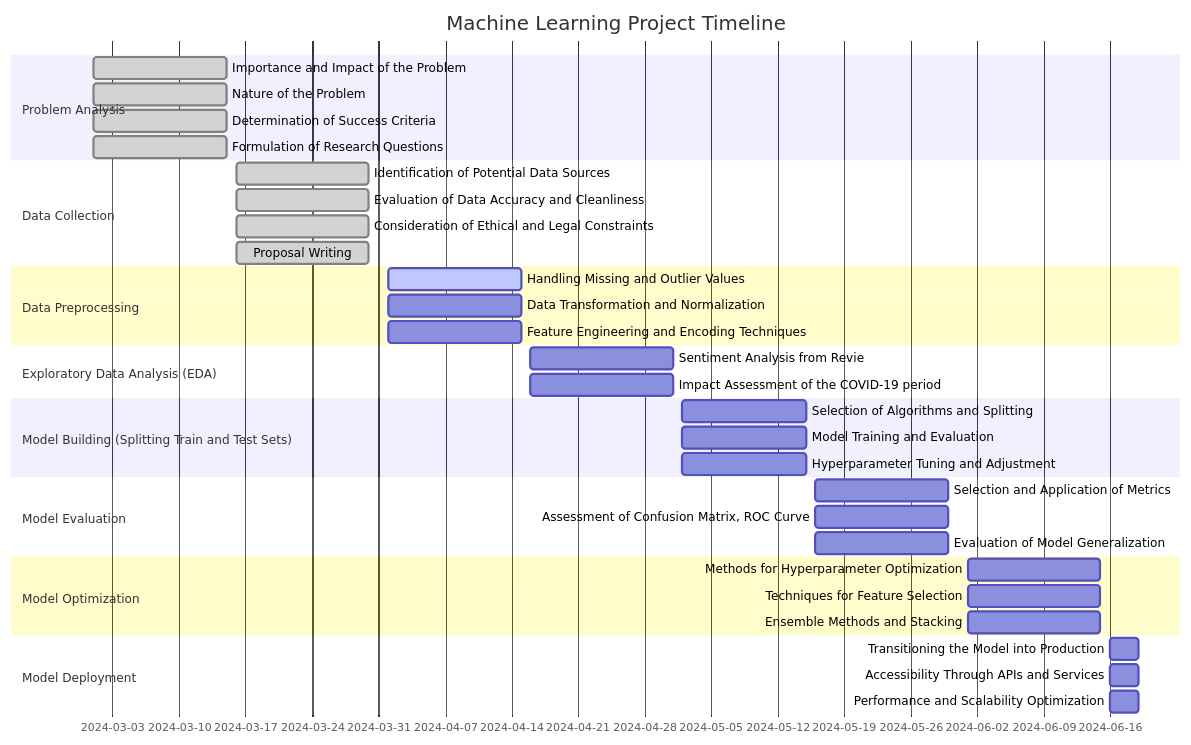
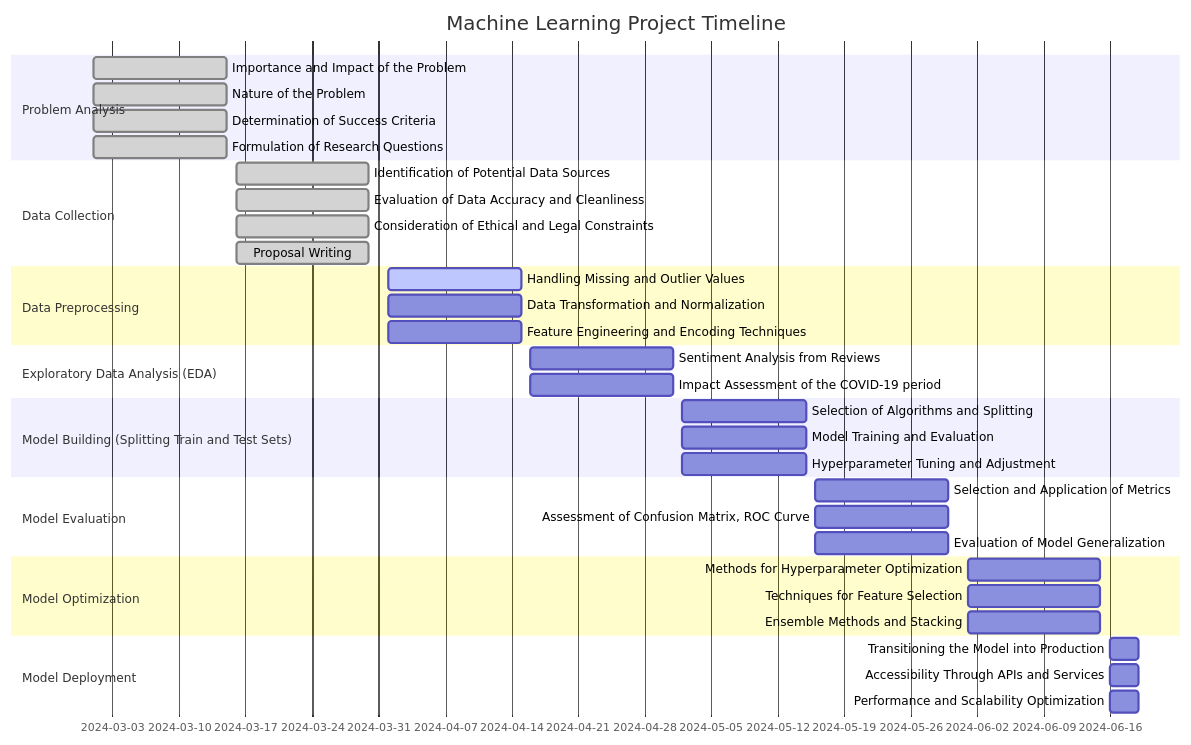
One commit to BILGI-IE-423/ie423-2024-termproject-codecharmers changed the diagram in hilalGantt.md. Above: the diagram before and after it, drawn with Mermaid.

````diff
--- a/hilalGantt.md
+++ b/hilalGantt.md
@@ -2,48 +2,48 @@
 ```mermaid
 gantt
     title Machine Learning Project Timeline
 
     dateFormat  YYYY-MM-DD
     section Problem Analysis
     Importance and Impact of the Problem        :done,    p1, 2024-03-01, 2024-03-15
     Nature of the Problem                       :done,    p2, 2024-03-01, 2024-03-15
     Determination of Success Criteria           :done,    p3, 2024-03-01, 2024-03-15
     Formulation of Research Questions           :done,    p4, 2024-03-01, 2024-03-15
 
     section Data Collection
     Identification of Potential Data Sources    :done,    d1, 2024-03-16, 2024-03-30
     Evaluation of Data Accuracy and Cleanliness :done,    d2, 2024-03-16, 2024-03-30
     Consideration of Ethical and Legal Constraints :done, d3, 2024-03-16, 2024-03-30
     Proposal Writing                            :done,    d4, 2024-03-16, 2024-03-30
 
     section Data Preprocessing
     Handling Missing and Outlier Values         :active,  dp1, 2024-04-01, 2024-04-15
     Data Transformation and Normalization       :         dp2, 2024-04-01, 2024-04-15
     Feature Engineering and Encoding Techniques :         dp3, 2024-04-01, 2024-04-15
 
     section Exploratory Data Analysis (EDA)
-    Sentiment Analysis from Revie               :         eda1, 2024-04-16, 2024-05-01
+    Sentiment Analysis from Reviews             :         eda1, 2024-04-16, 2024-05-01
     Impact Assessment of the COVID-19 period    :         eda2, 2024-04-16, 2024-05-01
 
 
     section Model Building (Splitting Train and Test Sets)
     Selection of Algorithms and Splitting      :         mb1, 2024-05-02, 2024-05-15
     Model Training and Evaluation              :         mb2, 2024-05-02, 2024-05-15
     Hyperparameter Tuning and Adjustment       :         mb3, 2024-05-02, 2024-05-15
 
     section Model Evaluation
     Selection and Application of Metrics       :         me1, 2024-05-16, 2024-05-30
     Assessment of Confusion Matrix, ROC Curve  :         me2, 2024-05-16, 2024-05-30
     Evaluation of Model Generalization         :         me3, 2024-05-16, 2024-05-30
 
     section Model Optimization
     Methods for Hyperparameter Optimization    :         mo1, 2024-06-01, 2024-06-15
     Techniques for Feature Selection           :         mo2, 2024-06-01, 2024-06-15
     Ensemble Methods and Stacking              :         mo3, 2024-06-01, 2024-06-15
 
     section Model Deployment
     Transitioning the Model into Production   :         md1, 2024-06-16, 2024-06-19
     Accessibility Through APIs and Services   :         md2, 2024-06-16, 2024-06-19
     Performance and Scalability Optimization  :         md3, 2024-06-16, 2024-06-19
 
 ```
````
